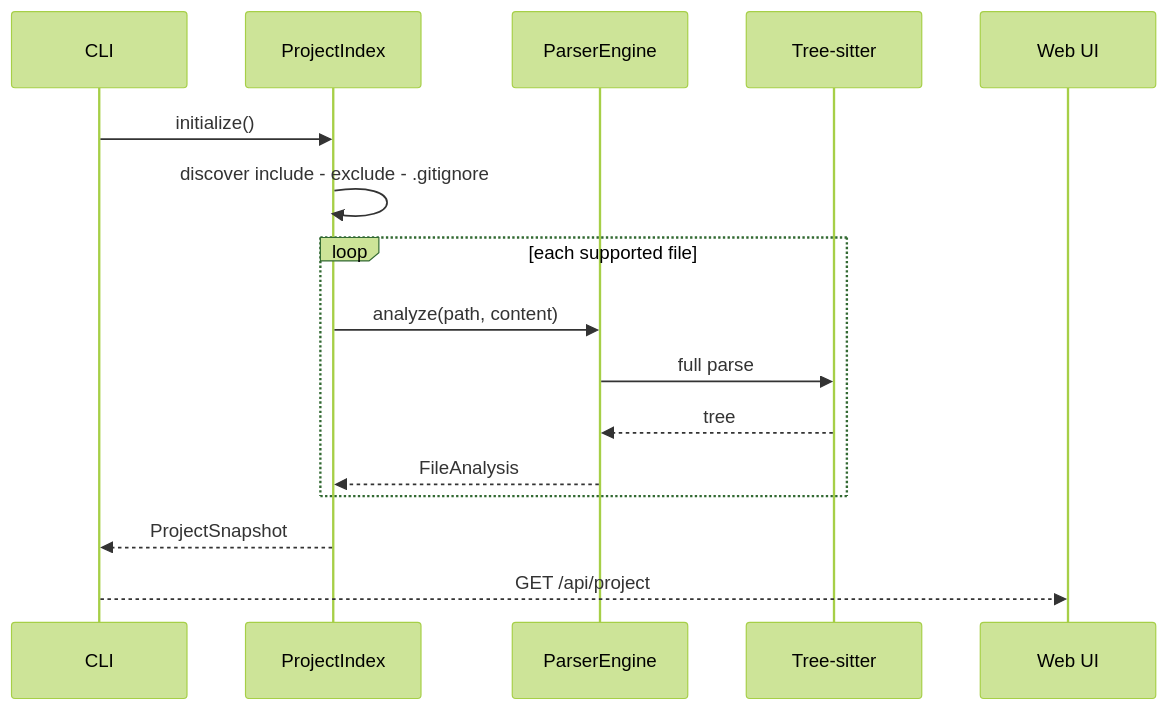
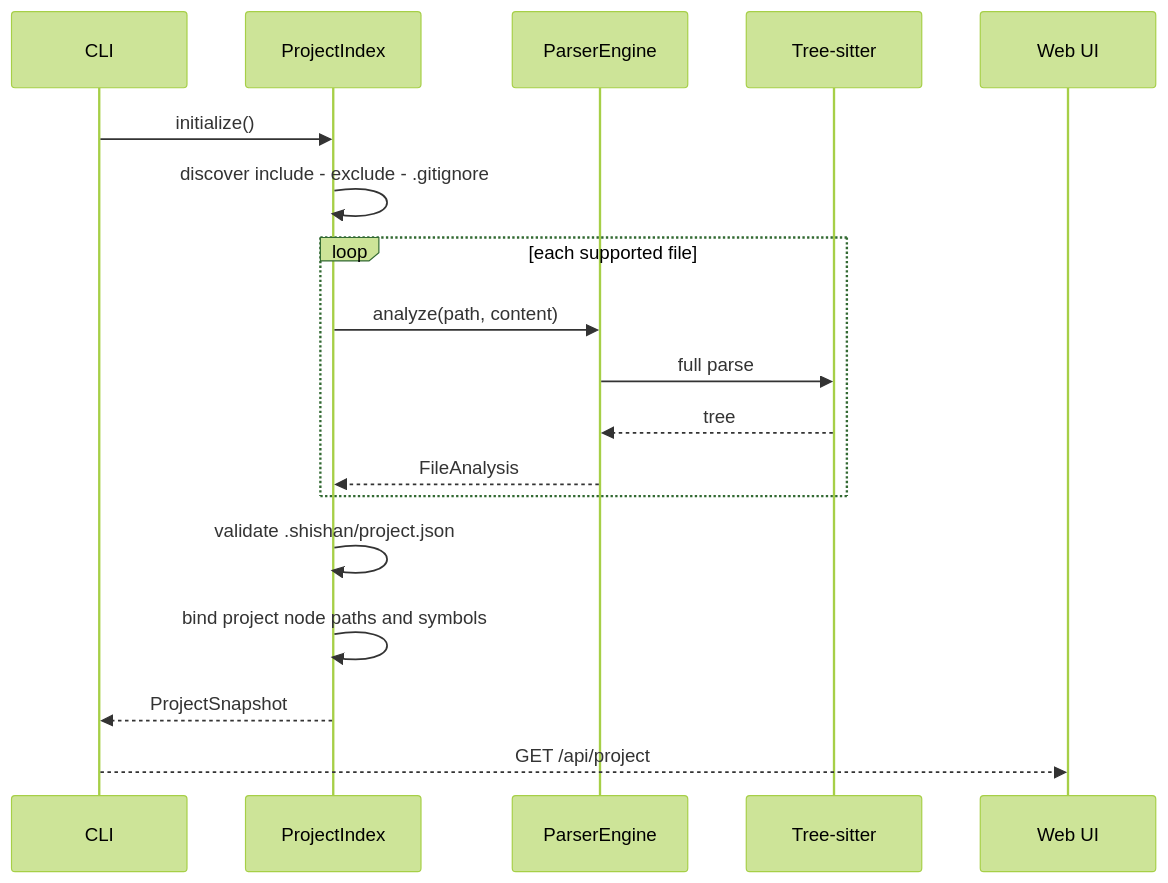
The first of 3 diagrams in docs/architecture.md (zhyma/shishan), drawn with Mermaid (forest theme) before and after one commit. The commit also changed other lines of this file and 39 other files, not shown here.

````diff
--- a/docs/architecture.md
+++ b/docs/architecture.md
@@ -16,18 +16,20 @@
 ```mermaid
 sequenceDiagram
   participant CLI
   participant Index as ProjectIndex
   participant Parser as ParserEngine
   participant AST as Tree-sitter
   participant UI as Web UI
   CLI->>Index: initialize()
   Index->>Index: discover include - exclude - .gitignore
   loop each supported file
     Index->>Parser: analyze(path, content)
     Parser->>AST: full parse
     AST-->>Parser: tree
     Parser-->>Index: FileAnalysis
   end
+  Index->>Index: validate .shishan/project.json
+  Index->>Index: bind project node paths and symbols
   Index-->>CLI: ProjectSnapshot
   CLI-->>UI: GET /api/project
 ```
````
